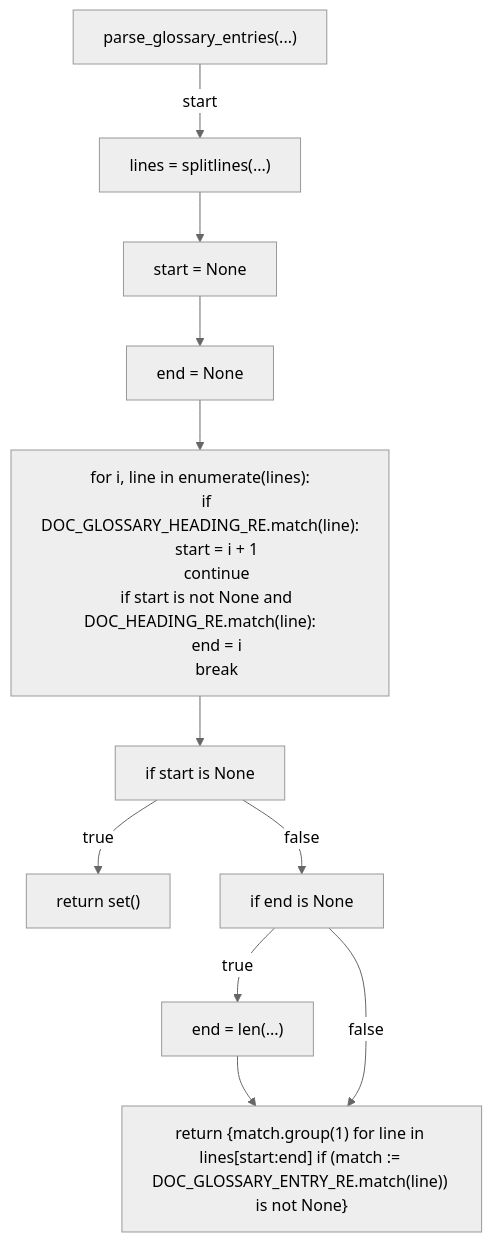
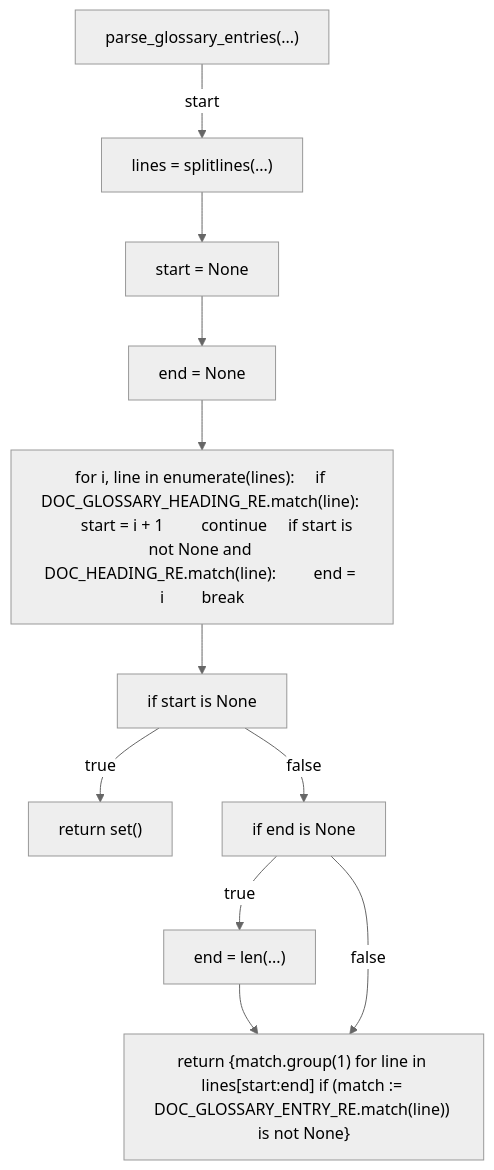
One commit to tvna/claude-md changed the seventh of 20 diagrams in docs/generated/scripts/ast/scan_design_philosophy_drift.md. Above: the diagram before and after it, drawn with Mermaid (neutral theme). The commit also changed other lines of this file and 29 other files, not shown here.

First line of the commit message:
docs(generated): regenerate decision tree and workflow diagrams (batch 3/5)

````diff
--- a/docs/generated/scripts/ast/scan_design_philosophy_drift.md
+++ b/docs/generated/scripts/ast/scan_design_philosophy_drift.md
@@ -102,29 +86,23 @@
 ```mermaid
 flowchart TD
     N001["parse_glossary_entries(...)"]
     N002["lines = splitlines(...)"]
     N003["start = None"]
     N004["end = None"]
-    N005["for i, line in enumerate(lines):
-    if DOC_GLOSSARY_HEADING_RE.match(line):
-        start = i + 1
-        continue
-    if start is not None and DOC_HEADING_RE.match(line):
-        end = i
-        break"]
+    N005["for i, line in enumerate(lines):     if DOC_GLOSSARY_HEADING_RE.match(line):         start = i + 1         continue     if start is not None and DOC_HEADING_RE.match(line):         end = i         break"]
     N006["if start is None"]
     N007["return set()"]
     N008["if end is None"]
     N009["end = len(...)"]
     N010["return {match.group(1) for line in lines[start:end] if (match := DOC_GLOSSARY_ENTRY_RE.match(line)) is not None}"]
     N001 -->|"start"| N002
     N002 --> N003
     N003 --> N004
     N004 --> N005
     N005 --> N006
     N006 -->|"true"| N007
     N006 -->|"false"| N008
     N008 -->|"true"| N009
     N009 --> N010
     N008 -->|"false"| N010
 ```
````
